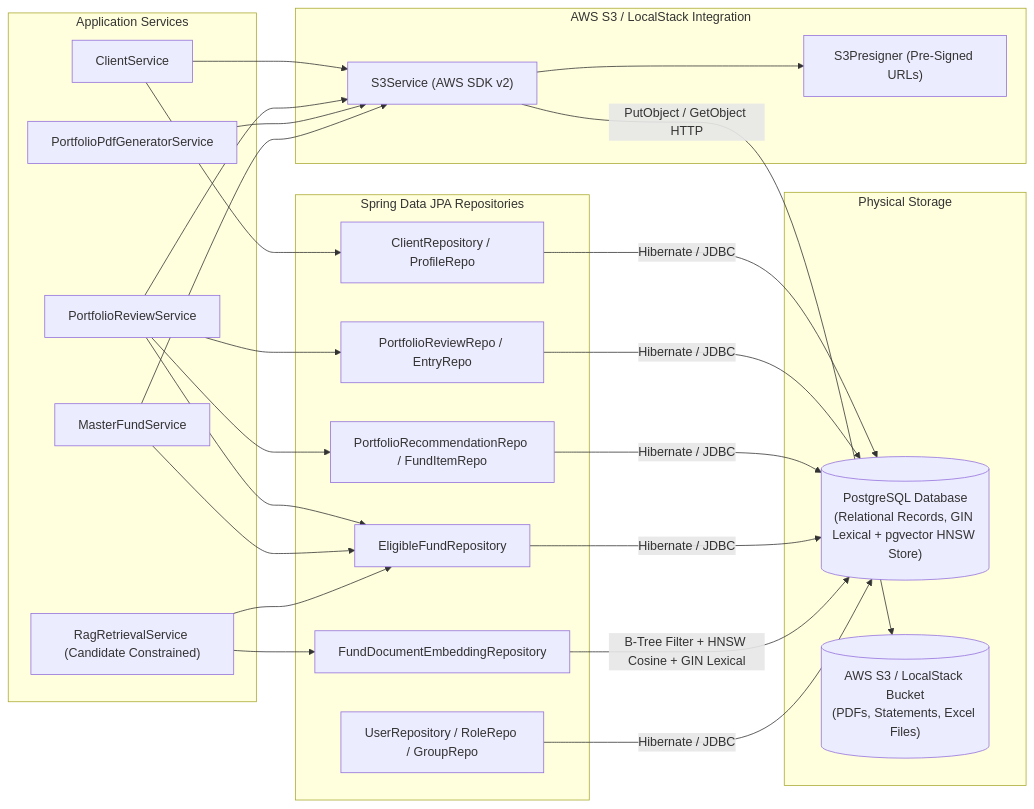
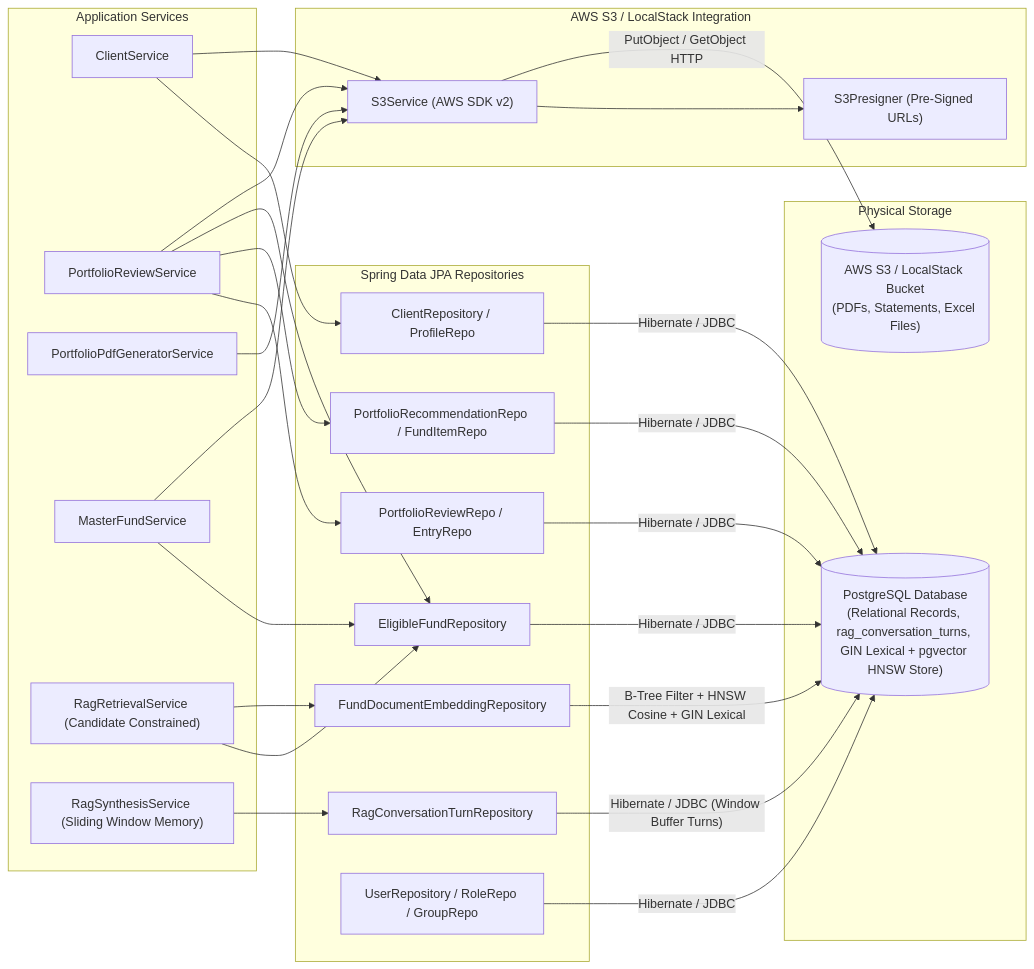
One commit to NatsuDrag9/wealth-tech-crm changed the fourth of 39 diagrams in docs/Uml_Diagrams.md. Above: the diagram before and after it, drawn with Mermaid. The commit also changed other lines of this file and 1 other file, not shown here.

Commit message:
docs(java): document tri-mode AI agentic architecture and UML diagrams

````diff
--- a/docs/Uml_Diagrams.md
+++ b/docs/Uml_Diagrams.md
@@ -91,50 +108,54 @@
 ```mermaid
 flowchart LR
     subgraph Services["Application Services"]
         CS["ClientService"]
         PRS["PortfolioReviewService"]
         PDF["PortfolioPdfGeneratorService"]
         MFS["MasterFundService"]
         RAG["RagRetrievalService (Candidate Constrained)"]
+        RGS["RagSynthesisService (Sliding Window Memory)"]
     end
 
     subgraph Repos["Spring Data JPA Repositories"]
         CR["ClientRepository / ProfileRepo"]
         PRR["PortfolioReviewRepo / EntryRepo"]
         RR["PortfolioRecommendationRepo / FundItemRepo"]
         EFR["EligibleFundRepository"]
         FDER["FundDocumentEmbeddingRepository"]
+        RCTR["RagConversationTurnRepository"]
         UR["UserRepository / RoleRepo / GroupRepo"]
     end
 
     subgraph CloudInfra["AWS S3 / LocalStack Integration"]
         S3S["S3Service (AWS SDK v2)"]
         Presigner["S3Presigner (Pre-Signed URLs)"]
     end
 
     subgraph Storage["Physical Storage"]
-        Postgres[("PostgreSQL Database<br/>(Relational Records, GIN Lexical + pgvector HNSW Store)")]
+        Postgres[("PostgreSQL Database<br/>(Relational Records, rag_conversation_turns, GIN Lexical + pgvector HNSW Store)")]
         S3Bucket[("AWS S3 / LocalStack Bucket<br/>(PDFs, Statements, Excel Files)")]
     end
 
     CS --> CR
     CS --> S3S
     PRS --> PRR
     PRS --> RR
     PRS --> EFR
     PRS --> S3S
     PDF --> S3S
     MFS --> EFR
     MFS --> S3S
     RAG --> EFR
     RAG --> FDER
+    RGS --> RCTR
     S3S --> Presigner
 
     CR -->|"Hibernate / JDBC"| Postgres
     PRR -->|"Hibernate / JDBC"| Postgres
     RR -->|"Hibernate / JDBC"| Postgres
     EFR -->|"Hibernate / JDBC"| Postgres
     FDER -->|"B-Tree Filter + HNSW Cosine + GIN Lexical"| Postgres
+    RCTR -->|"Hibernate / JDBC (Window Buffer Turns)"| Postgres
     UR -->|"Hibernate / JDBC"| Postgres
     S3S -->|"PutObject / GetObject HTTP"| S3Bucket
 ```
````
